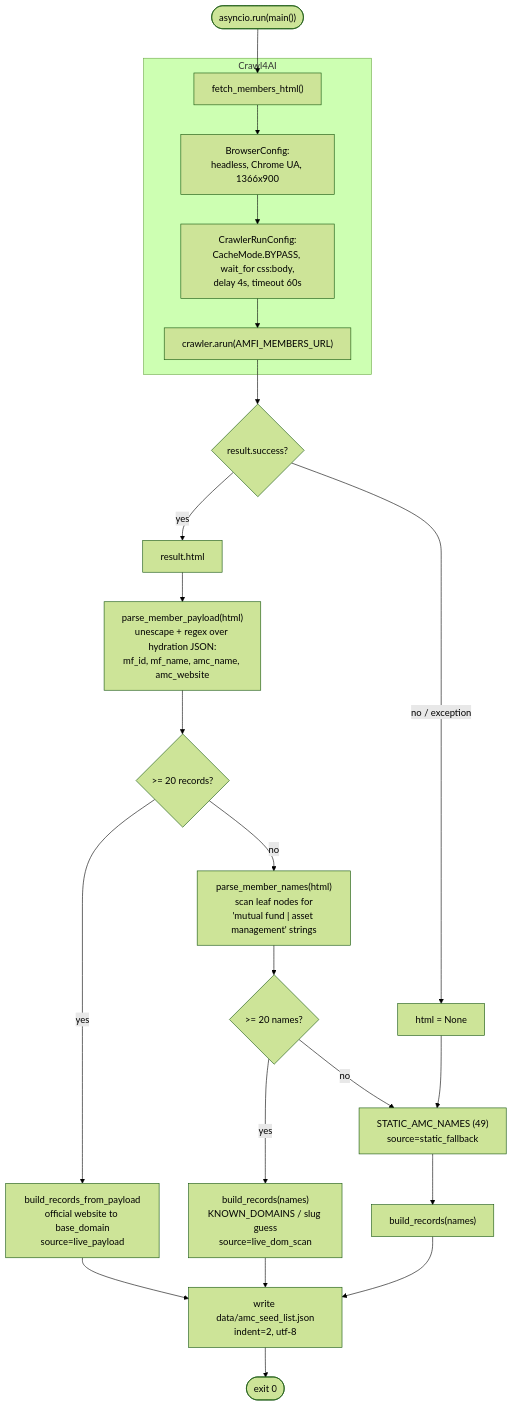
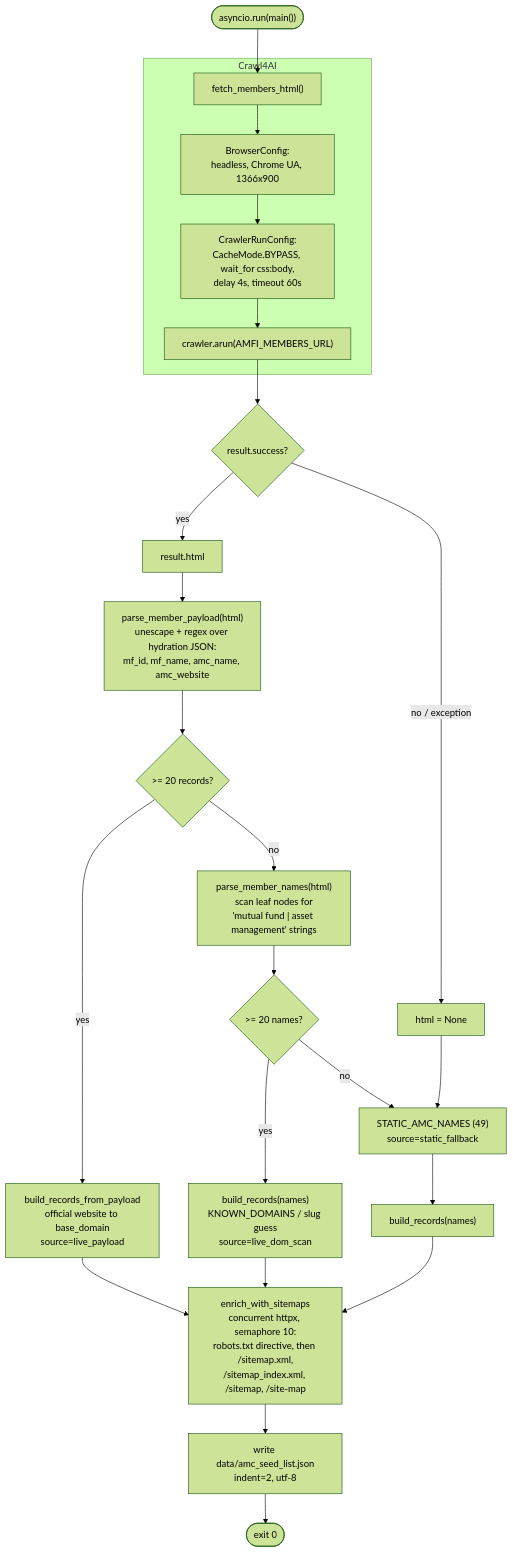
Before and after one commit to dvygo/MF-Engine: the first of 3 diagrams in docs/low-level-phase1-flowchart.md, drawn with Mermaid (forest theme). The commit also changed 6 other files, not shown here.

````diff
--- a/docs/low-level-phase1-flowchart.md
+++ b/docs/low-level-phase1-flowchart.md
@@ -5,29 +5,30 @@
 ```mermaid
 flowchart TD
     START(["asyncio.run(main())"]) --> FETCH["fetch_members_html()"]
 
     subgraph CRAWL["Crawl4AI"]
         FETCH --> BC["BrowserConfig:<br/>headless, Chrome UA, 1366x900"]
         BC --> RC["CrawlerRunConfig:<br/>CacheMode.BYPASS, wait_for css:body,<br/>delay 4s, timeout 60s"]
         RC --> ARUN["crawler.arun(AMFI_MEMBERS_URL)"]
     end
 
     ARUN --> OK{"result.success?"}
     OK -- "no / exception" --> NONE["html = None"]
     OK -- yes --> HTML["result.html"]
 
     HTML --> PAYLOAD["parse_member_payload(html)<br/>unescape + regex over hydration JSON:<br/>mf_id, mf_name, amc_name, amc_website"]
     PAYLOAD --> P20{">= 20 records?"}
     P20 -- yes --> BUILDP["build_records_from_payload<br/>official website to base_domain<br/>source=live_payload"]
     P20 -- no --> SCAN["parse_member_names(html)<br/>scan leaf nodes for<br/>'mutual fund | asset management' strings"]
     SCAN --> S20{">= 20 names?"}
     S20 -- yes --> BUILDN["build_records(names)<br/>KNOWN_DOMAINS / slug guess<br/>source=live_dom_scan"]
     S20 -- no --> STATIC["STATIC_AMC_NAMES (49)<br/>source=static_fallback"]
     NONE --> STATIC
     STATIC --> BUILDS["build_records(names)"]
 
-    BUILDP --> WRITE["write data/amc_seed_list.json<br/>indent=2, utf-8"]
-    BUILDN --> WRITE
-    BUILDS --> WRITE
+    BUILDP --> SM["enrich_with_sitemaps<br/>concurrent httpx, semaphore 10:<br/>robots.txt directive, then /sitemap.xml,<br/>/sitemap_index.xml, /sitemap, /site-map"]
+    BUILDN --> SM
+    BUILDS --> SM
+    SM --> WRITE["write data/amc_seed_list.json<br/>indent=2, utf-8"]
     WRITE --> END(["exit 0"])
 ```
````
